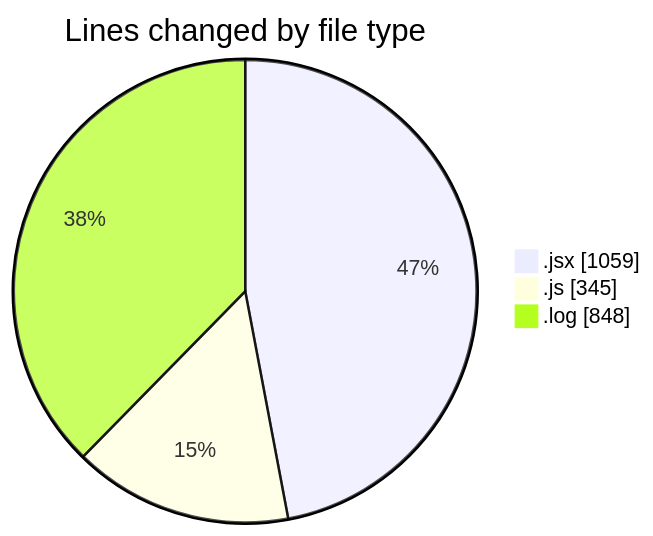
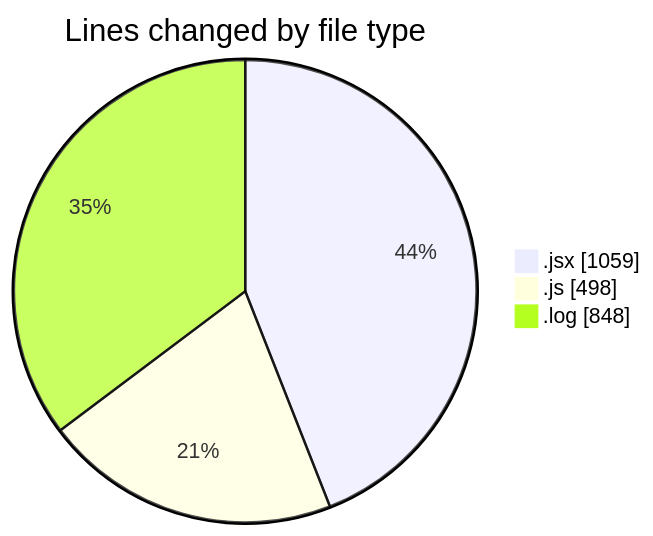
The first of 2 diagrams in 2025-12-14/nxtqube_webapp/README.md (nxtqubesakshisongat/code-tracking), drawn with Mermaid before and after one commit. The commit also changed other lines of this file and 1 other file, not shown here.

````diff
--- a/2025-12-14/nxtqube_webapp/README.md
+++ b/2025-12-14/nxtqube_webapp/README.md
@@ -25,7 +27,7 @@
 ```mermaid
 pie showData
 title Lines changed by file type
 ".jsx" : 1059
-".js" : 345
+".js" : 498
 ".log" : 848
 ```
````
